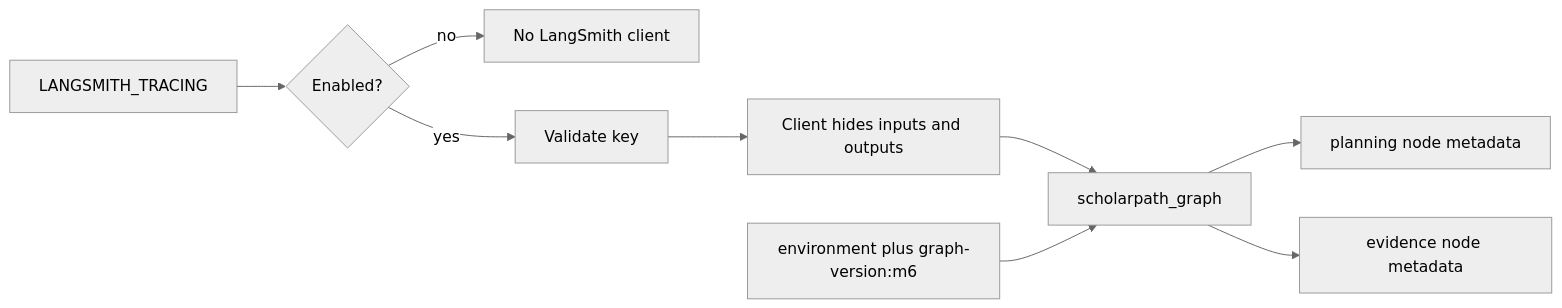
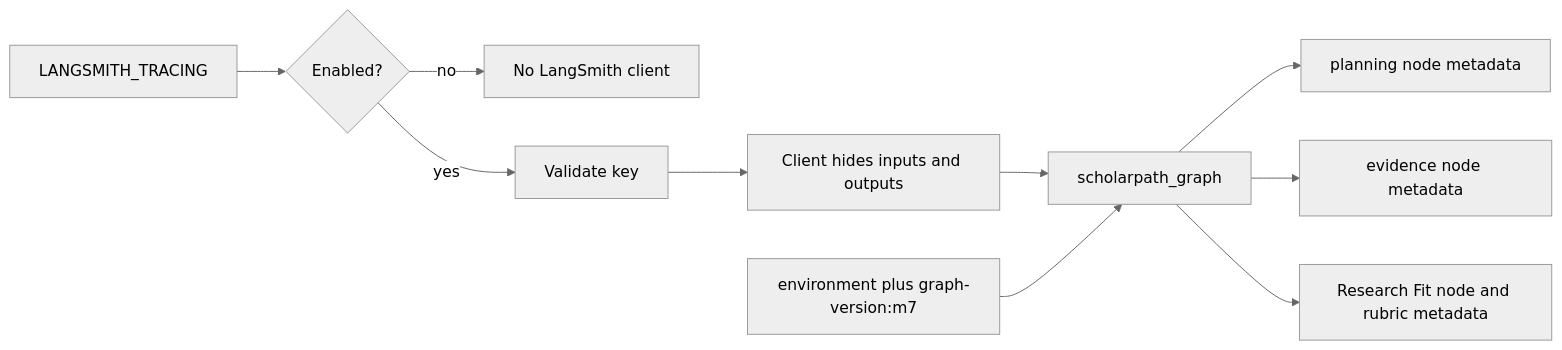
Diagram 13 of 15 in projects/scholar-path/docs/architecture.md (shanly-rajan/ai-builder), drawn with Mermaid (neutral theme) before and after one commit. The commit also changed other lines of this file and 43 other files, not shown here.

Commit message:
feat: add Research Fit evaluation and shortlist synthesis

````diff
--- a/projects/scholar-path/docs/architecture.md
+++ b/projects/scholar-path/docs/architecture.md
@@ -391,11 +457,12 @@
 ```mermaid
 flowchart LR
     Env[LANGSMITH_TRACING] --> Enabled{Enabled?}
     Enabled -->|no| Off[No LangSmith client]
     Enabled -->|yes| Key[Validate key]
     Key --> Client[Client hides inputs and outputs]
     Client --> Root[scholarpath_graph]
     Root --> PlanTrace[planning node metadata]
     Root --> EvidenceTrace[evidence node metadata]
-    Tags[environment plus graph-version:m6] --> Root
+    Root --> FitTrace[Research Fit node and rubric metadata]
+    Tags[environment plus graph-version:m7] --> Root
 ```
````
